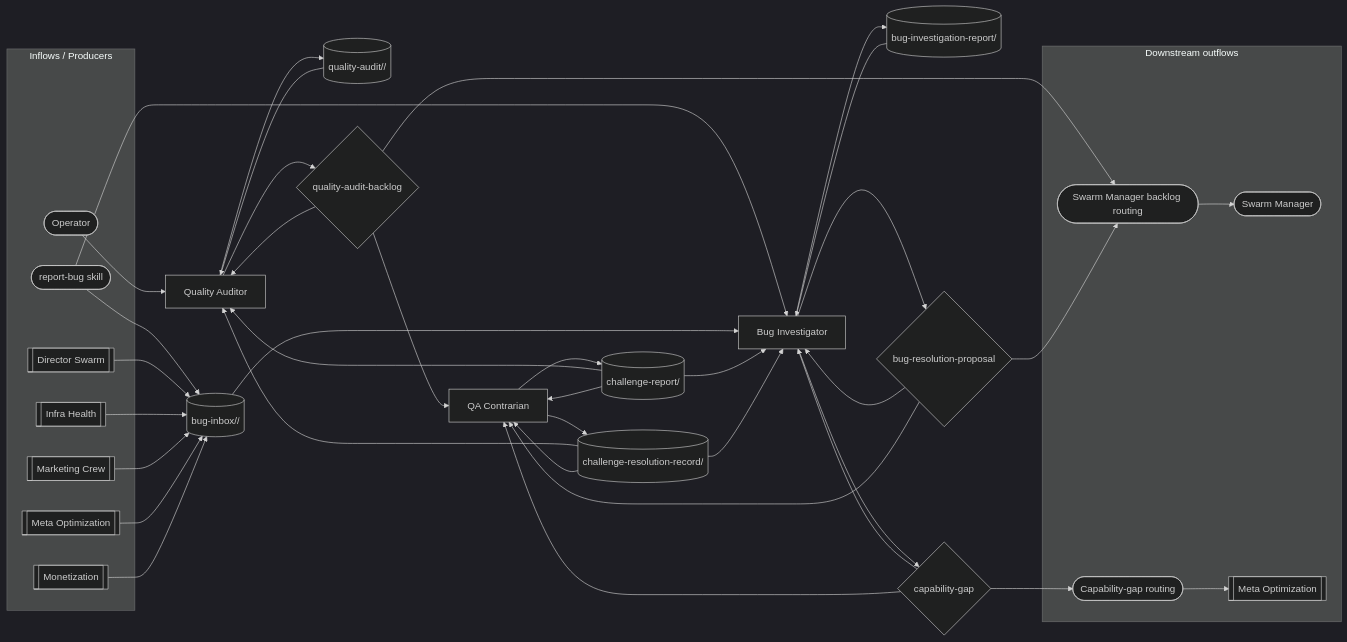
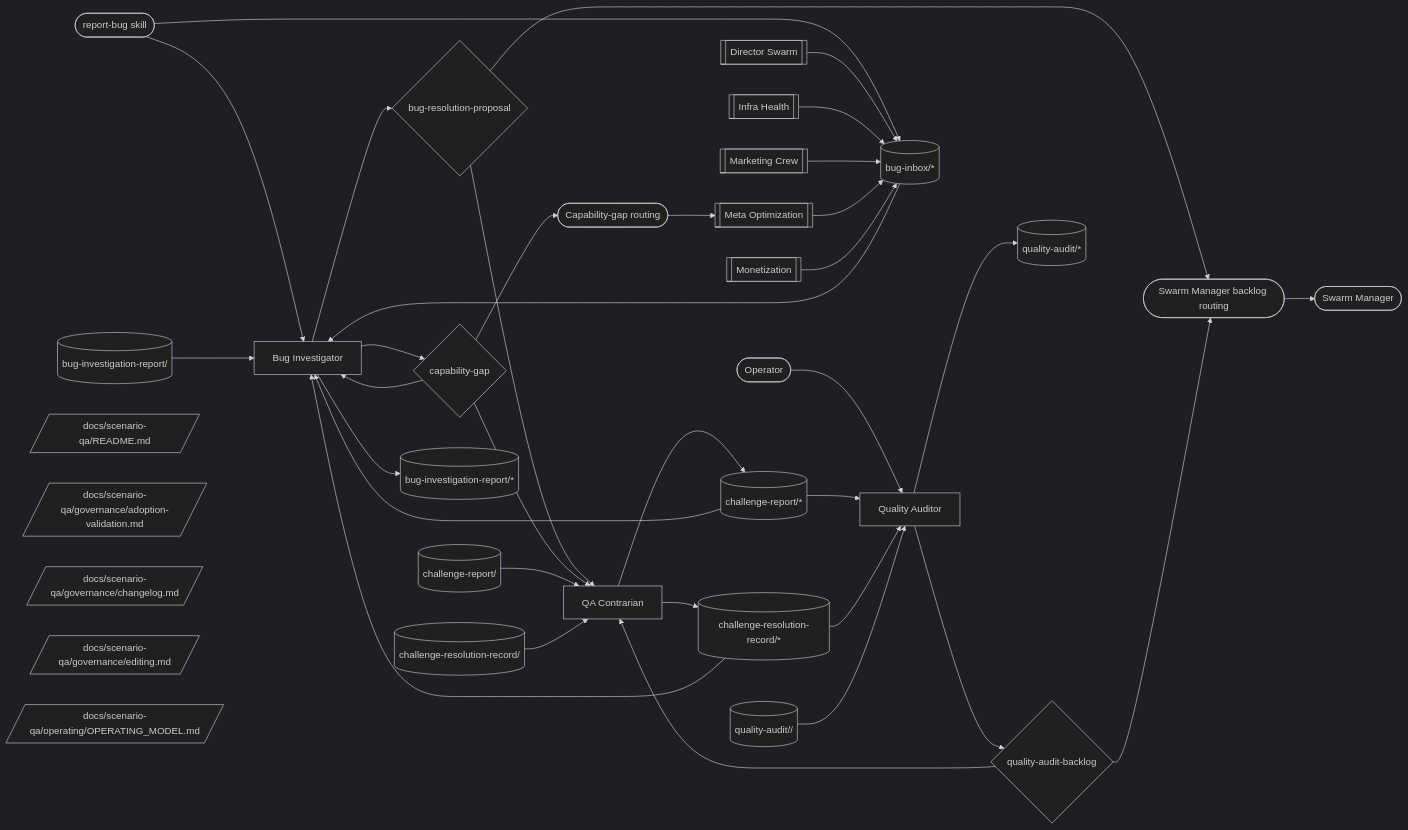
The diagram in docs/scenario-qa/operating/OPERATING_MODEL.md (Vrooli/Vrooli), drawn with Mermaid (dark theme) before and after one commit. The commit also changed other lines of this file and 63 other files, not shown here.

````diff
--- a/docs/scenario-qa/operating/OPERATING_MODEL.md
+++ b/docs/scenario-qa/operating/OPERATING_MODEL.md
@@ -58,101 +58,97 @@
 ```mermaid
 flowchart LR
-  subgraph INFLOWS["Inflows / Producers"]
-    %% @node OP external:operator
-    OP([Operator])
-    %% @node RB external:report-bug
-    RB([report-bug skill])
-    %% @node DIR team:director-swarm
-    DIR[[Director Swarm]]
-    %% @node INFRA team:infra-health
-    INFRA[[Infra Health]]
-    %% @node MKT team:marketing-crew
-    MKT[[Marketing Crew]]
-    %% @node META_IN team:meta-optimization
-    META_IN[[Meta Optimization]]
-    %% @node MON team:monetization
-    MON[[Monetization]]
-  end
-
-  %% Members
+  %% @node BACKLOG process:swarm-manager-backlog-routing
+  BACKLOG([Swarm Manager backlog routing])
+  %% @node BI member:bug-investigator
+  BI[Bug Investigator]
+  %% @node BUGDEC decision:bug-resolution-proposal
+  BUGDEC{bug-resolution-proposal}
+  %% @node BUGREP topic:bug-investigation-report/<slug>
+  BUGREP[(bug-investigation-report/<slug>)]
+  %% @node CAP decision:capability-gap
+  CAP{capability-gap}
+  %% @node CHAL topic:challenge-report/<slug>
+  CHAL[(challenge-report/<slug>)]
+  %% @node DIR team:director-swarm
+  DIR[[Director Swarm]]
+  %% @node GAPROUTE process:capability-gap-routing
+  GAPROUTE([Capability-gap routing])
+  %% @node INFRA team:infra-health
+  INFRA[[Infra Health]]
+  %% @node META_IN team:meta-optimization
+  META_IN[[Meta Optimization]]
+  %% @node MKT team:marketing-crew
+  MKT[[Marketing Crew]]
+  %% @node MON team:monetization
+  MON[[Monetization]]
+  %% @node OP external:operator
+  OP([Operator])
   %% @node QA member:quality-auditor
   QA[Quality Auditor]
-  %% @node BI member:bug-investigator
-  BI[Bug Investigator]
+  %% @node QBACK decision:quality-audit-backlog
+  QBACK{quality-audit-backlog}
   %% @node QC member:qa-contrarian
   QC[QA Contrarian]
-
-  %% Topics
   %% @node QUAUD topic:quality-audit/<scenario-id>/<skill-id>
   QUAUD[(quality-audit/<scenario-id>/<skill-id>)]
-  %% @node BUGIN topic:bug-inbox/<signal-type>/<slug>
-  BUGIN[(bug-inbox/<signal-type>/<slug>)]
-  %% @node BUGREP topic:bug-investigation-report/<slug>
-  BUGREP[(bug-investigation-report/<slug>)]
-  %% @node CHAL topic:challenge-report/<slug>
-  CHAL[(challenge-report/<slug>)]
+  %% @node RB external:report-bug
+  RB([report-bug skill])
   %% @node RES topic:challenge-resolution-record/<slug>
   RES[(challenge-resolution-record/<slug>)]
+  %% @node SWARM external:swarm-manager
+  SWARM([Swarm Manager])
+  %% @node DOCSSCENARIO por:docs/scenario-qa/README.md
+  DOCSSCENARIO[/docs/scenario-qa/README.md/]
+  %% @node DOCSSCENARIO2 por:docs/scenario-qa/governance/adoption-validation.md
+  DOCSSCENARIO2[/docs/scenario-qa/governance/adoption-validation.md/]
+  %% @node DOCSSCENARIO3 por:docs/scenario-qa/governance/changelog.md
+  DOCSSCENARIO3[/docs/scenario-qa/governance/changelog.md/]
+  %% @node DOCSSCENARIO4 por:docs/scenario-qa/governance/editing.md
+  DOCSSCENARIO4[/docs/scenario-qa/governance/editing.md/]
+  %% @node DOCSSCENARIO5 por:docs/scenario-qa/operating/OPERATING_MODEL.md
+  DOCSSCENARIO5[/docs/scenario-qa/operating/OPERATING_MODEL.md/]
+  %% @node BUGINBOX topic:bug-inbox/*
+  BUGINBOX[(bug-inbox/*)]
+  %% @node BUGINVESTIGA topic:bug-investigation-report/*
+  BUGINVESTIGA[(bug-investigation-report/*)]
+  %% @node CHALLENGEREP topic:challenge-report/*
+  CHALLENGEREP[(challenge-report/*)]
+  %% @node CHALLENGERES topic:challenge-resolution-record/*
+  CHALLENGERES[(challenge-resolution-record/*)]
+  %% @node QUALITYAUDIT topic:quality-audit/*
+  QUALITYAUDIT[(quality-audit/*)]
 
-  %% Decisions
-  %% @node QBACK decision:quality-audit-backlog
-  QBACK{quality-audit-backlog}
-  %% @node BUGDEC decision:bug-resolution-proposal
-  BUGDEC{bug-resolution-proposal}
-  %% @node CAP decision:capability-gap
-  CAP{capability-gap}
-
-  subgraph OUTFLOWS["Downstream outflows"]
-    %% @node BACKLOG process:swarm-manager-backlog-routing
-    BACKLOG([Swarm Manager backlog routing])
-    %% @node SWARM external:swarm-manager
-    SWARM([Swarm Manager])
-    %% @node GAPROUTE process:capability-gap-routing
-    GAPROUTE([Capability-gap routing])
-    %% @node META team:meta-optimization
-    META[[Meta Optimization]]
-  end
-
-  %% Structural audit
+  BUGDEC --> QC
+  BUGDEC --> BACKLOG
+  CAP --> BI
+  CAP --> QC
+  CAP --> GAPROUTE
+  QBACK --> QC
+  QBACK --> BACKLOG
   OP --> QA
-  QUAUD --> QA
-  CHAL --> QA
-  RES --> QA
-  QBACK --> QA
-  QA --> QUAUD
-  QA --> QBACK
-
-  %% Bug investigation
-  RB --> BUGIN
-  DIR --> BUGIN
-  INFRA --> BUGIN
-  MKT --> BUGIN
-  META_IN --> BUGIN
-  MON --> BUGIN
   RB --> BI
-  BUGIN --> BI
-  BUGREP --> BI
-  CHAL --> BI
-  RES --> BI
-  BUGDEC --> BI
-  CAP --> BI
-  BI --> BUGREP
+  RB --> BUGINBOX
   BI --> BUGDEC
   BI --> CAP
-
-  %% Contrarian review
+  BI --> BUGINVESTIGA
+  QC --> CHALLENGEREP
+  QC --> CHALLENGERES
+  QA --> QBACK
+  QA --> QUALITYAUDIT
+  GAPROUTE --> META_IN
+  BACKLOG --> SWARM
+  DIR --> BUGINBOX
+  INFRA --> BUGINBOX
+  MKT --> BUGINBOX
+  META_IN --> BUGINBOX
+  MON --> BUGINBOX
+  BUGINBOX --> BI
+  BUGREP --> BI
+  CHALLENGEREP --> BI
+  CHALLENGEREP --> QA
   CHAL --> QC
+  CHALLENGERES --> BI
+  CHALLENGERES --> QA
   RES --> QC
-  QBACK --> QC
-  BUGDEC --> QC
-  CAP --> QC
-  QC --> CHAL
-  QC --> RES
-
-  %% Downstream effects
-  QBACK --> BACKLOG
-  BUGDEC --> BACKLOG
-  BACKLOG --> SWARM
-  CAP --> GAPROUTE
-  GAPROUTE --> META
+  QUAUD --> QA
 ```
````
